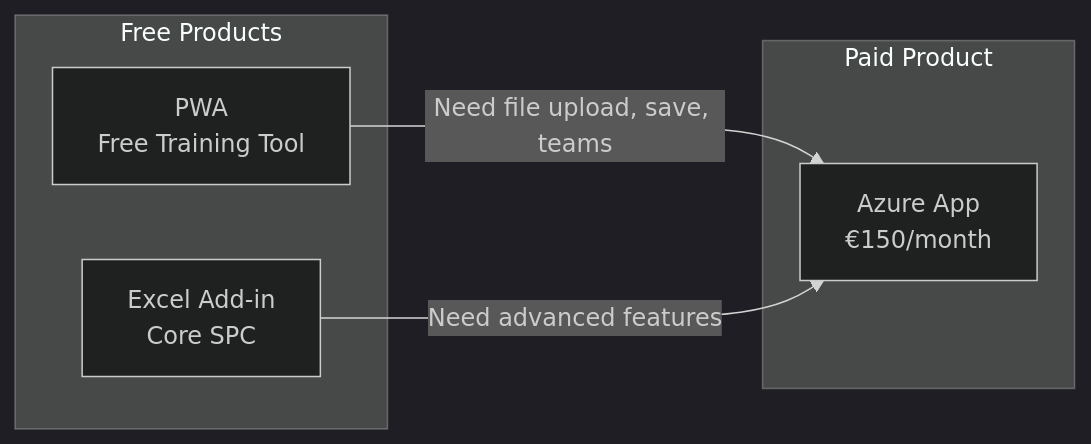
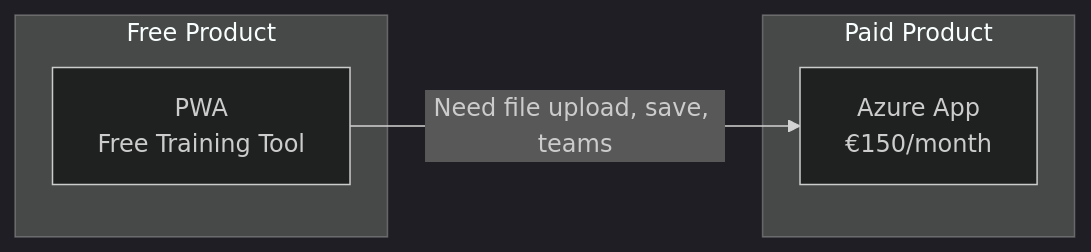
One commit to jukka-matti/variscout changed the diagram in docs/08-products/index.md. Above: the diagram before and after it, drawn with Mermaid (dark theme). The commit also changed other lines of this file and 73 other files, not shown here.

First line of the commit message:
refactor: drop Excel Add-in, simplify to 2-product model

````diff
--- a/docs/08-products/index.md
+++ b/docs/08-products/index.md
@@ -11,14 +13,12 @@
 ```mermaid
 flowchart LR
     subgraph Paid["Paid Product"]
         A[Azure App<br/>€150/month]
     end
 
-    subgraph Free["Free Products"]
-        B[Excel Add-in<br/>Core SPC]
+    subgraph Free["Free Product"]
         C[PWA<br/>Free Training Tool]
     end
 
     C -->|"Need file upload, save, teams"| A
-    B -->|"Need advanced features"| A
 ```
````
